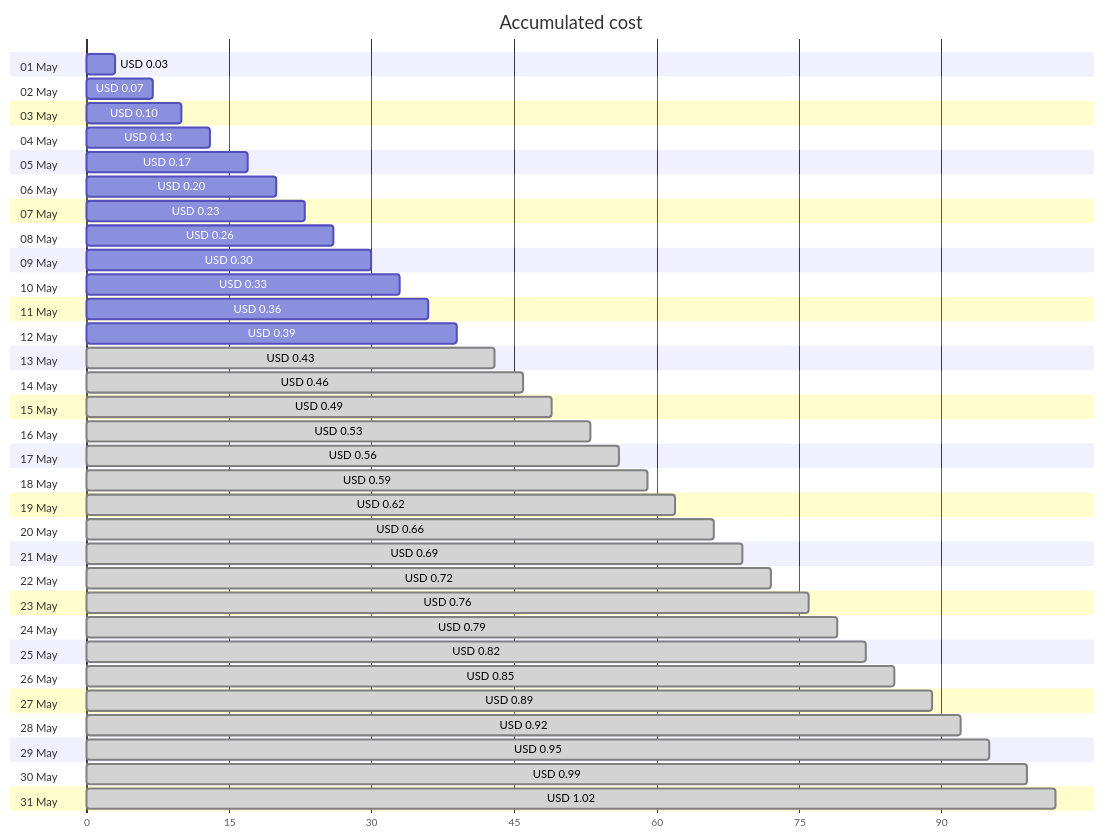
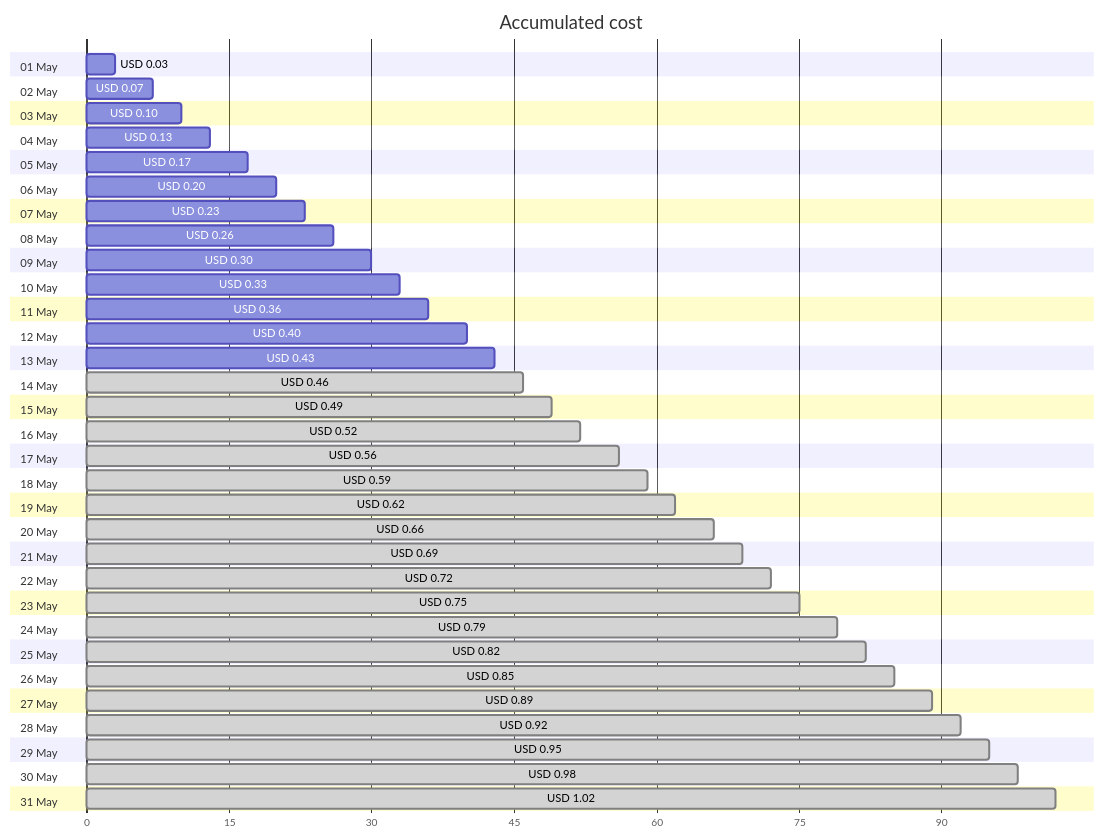
One commit to jpfulton/azure-personal-reports changed the first of 4 diagrams in cost-reports/personal-dns/README.md. Above: the diagram before and after it, drawn with Mermaid. The commit also changed other lines of this file and 2 other files, not shown here.

````diff
--- a/cost-reports/personal-dns/README.md
+++ b/cost-reports/personal-dns/README.md
@@ -20,68 +20,68 @@
 ```mermaid
 gantt
    title Accumulated cost
    dateFormat  X
    axisFormat %s
    section 01 May
    USD 0.03 :0, 3
    section 02 May
    USD 0.07 :0, 7
    section 03 May
    USD 0.10 :0, 10
    section 04 May
    USD 0.13 :0, 13
    section 05 May
    USD 0.17 :0, 17
    section 06 May
    USD 0.20 :0, 20
    section 07 May
    USD 0.23 :0, 23
    section 08 May
    USD 0.26 :0, 26
    section 09 May
    USD 0.30 :0, 30
    section 10 May
    USD 0.33 :0, 33
    section 11 May
    USD 0.36 :0, 36
    section 12 May
-   USD 0.39 :0, 39
+   USD 0.40 :0, 40
    section 13 May
-   USD 0.43 : done, 0, 43
+   USD 0.43 :0, 43
    section 14 May
    USD 0.46 : done, 0, 46
    section 15 May
    USD 0.49 : done, 0, 49
    section 16 May
-   USD 0.53 : done, 0, 53
+   USD 0.52 : done, 0, 52
    section 17 May
    USD 0.56 : done, 0, 56
    section 18 May
    USD 0.59 : done, 0, 59
    section 19 May
    USD 0.62 : done, 0, 62
    section 20 May
    USD 0.66 : done, 0, 66
    section 21 May
    USD 0.69 : done, 0, 69
    section 22 May
    USD 0.72 : done, 0, 72
    section 23 May
-   USD 0.76 : done, 0, 76
+   USD 0.75 : done, 0, 75
    section 24 May
    USD 0.79 : done, 0, 79
    section 25 May
    USD 0.82 : done, 0, 82
    section 26 May
    USD 0.85 : done, 0, 85
    section 27 May
    USD 0.89 : done, 0, 89
    section 28 May
    USD 0.92 : done, 0, 92
    section 29 May
    USD 0.95 : done, 0, 95
    section 30 May
-   USD 0.99 : done, 0, 99
+   USD 0.98 : done, 0, 98
    section 31 May
    USD 1.02 : done, 0, 102
 ```
````
